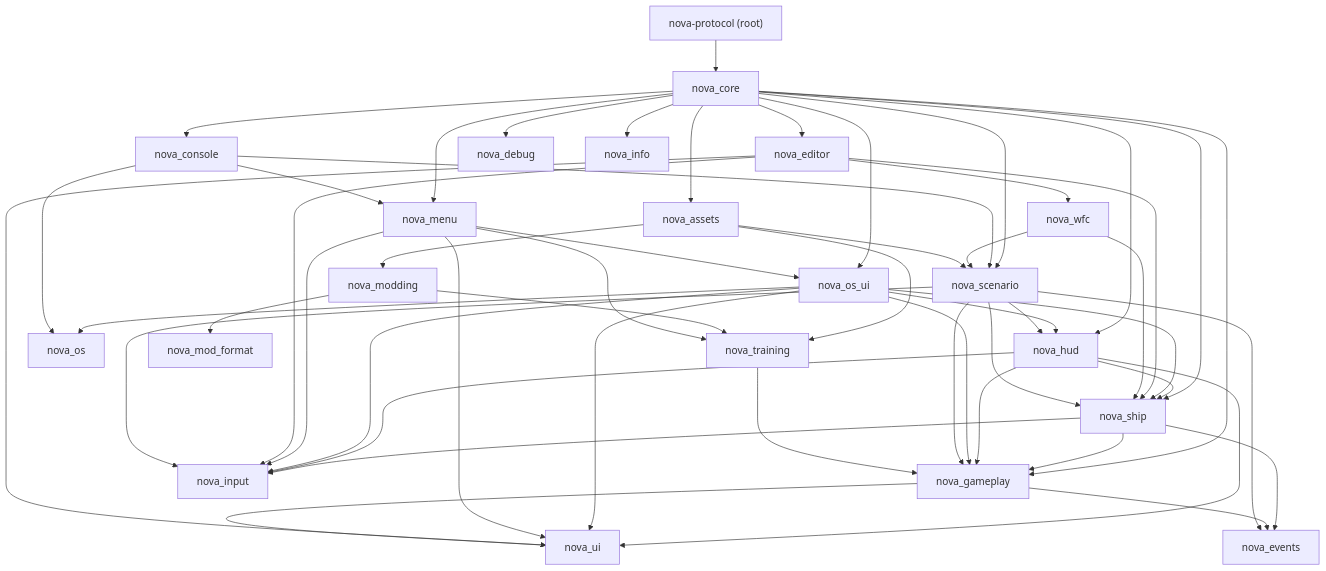
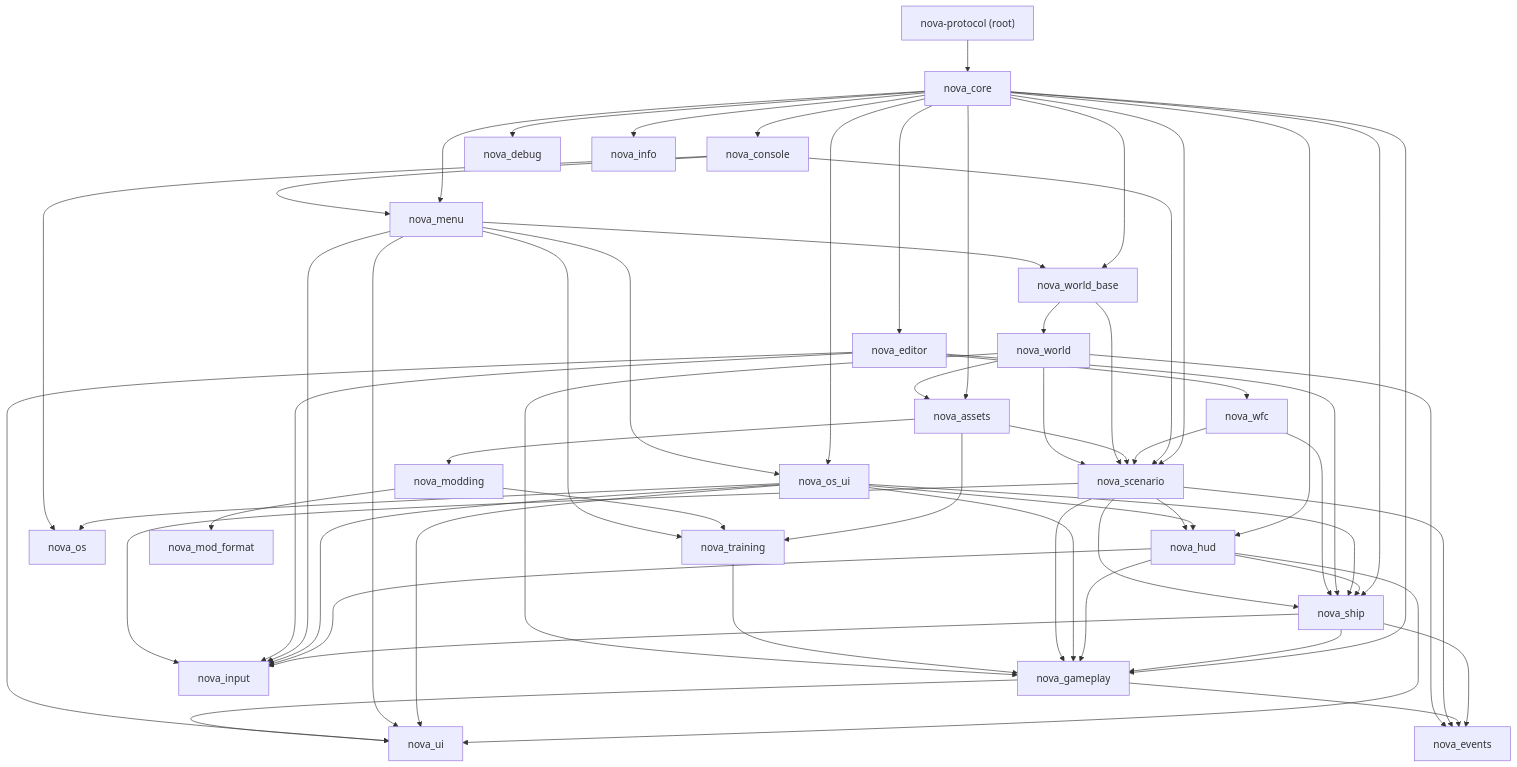
Before and after one commit to alexjercan/nova-protocol: the first of 3 diagrams in docs/architecture.md, drawn with Mermaid. The commit also changed other lines of this file and 93 other files, not shown here.

````diff
--- a/docs/architecture.md
+++ b/docs/architecture.md
@@ -46,54 +48,62 @@
 ```mermaid
 graph TD
     root["nova-protocol (root)"] --> core["nova_core"]
     core --> menu["nova_menu"]
     core --> editor["nova_editor"]
     core --> gameplay["nova_gameplay"]
     core --> ship["nova_ship"]
     core --> hud["nova_hud"]
     core --> osui["nova_os_ui"]
     core --> console["nova_console"]
     core --> scenario["nova_scenario"]
     core --> assets["nova_assets"]
     ship --> gameplay
     ship --> events["nova_events"]
     hud --> ship
     hud --> gameplay
     hud --> ui["nova_ui"]
     osui --> hud
     osui --> ship
     osui --> gameplay
     osui --> os["nova_os"]
     osui --> ui
     menu --> osui
     console --> menu
     console --> os
     console --> scenario
     menu --> ui
     editor --> ship
     editor --> ui
     editor --> wfc["nova_wfc"]
     wfc --> ship
     wfc --> scenario
     gameplay --> events
     gameplay --> ui
     ship --> input["nova_input"]
     hud --> input
     osui --> input
     menu --> input
     editor --> input
     scenario --> input
     scenario --> events
     scenario --> gameplay
     scenario --> ship
     scenario --> hud
     assets --> modding["nova_modding"]
     assets --> scenario
     assets --> training["nova_training"]
     modding --> modfmt["nova_mod_format"]
     modding --> training
     menu --> training
     training --> gameplay
+    core --> worldbase["nova_world_base"]
+    menu --> worldbase
+    worldbase --> world["nova_world"]
+    worldbase --> scenario
+    world --> scenario
+    world --> gameplay
+    world --> assets
+    world --> events
     core --> debug["nova_debug"]
     core --> info["nova_info"]
 ```
````
